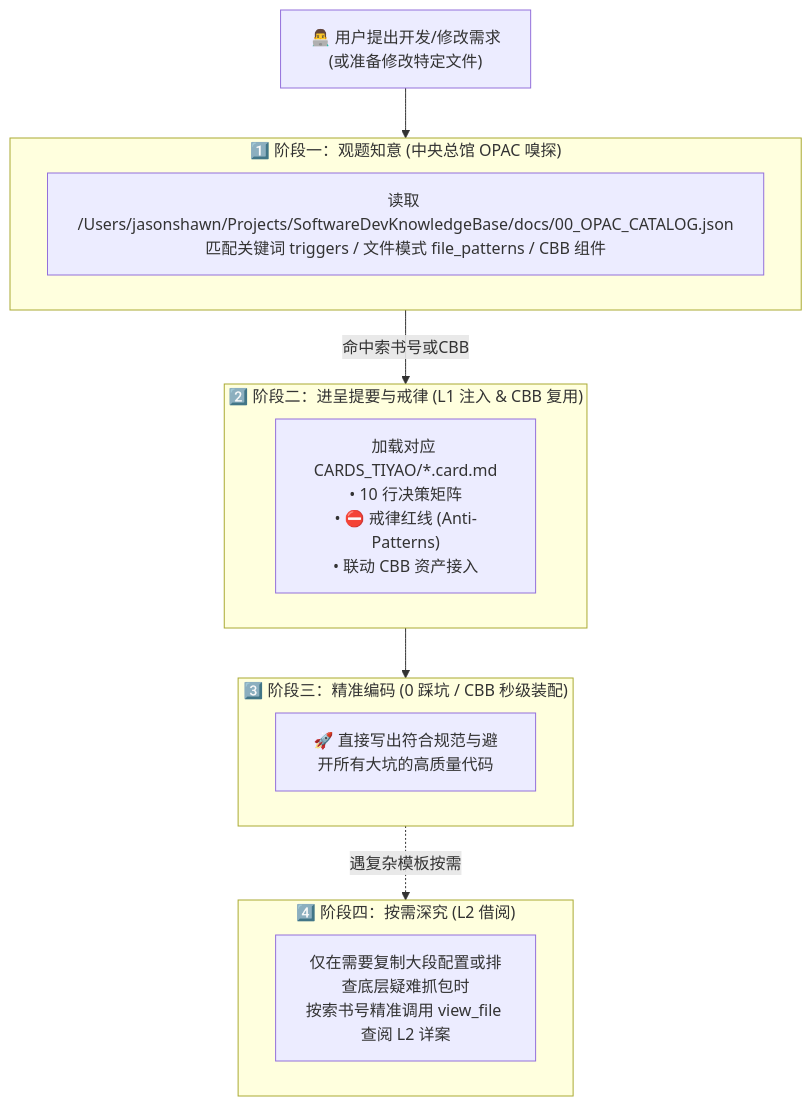
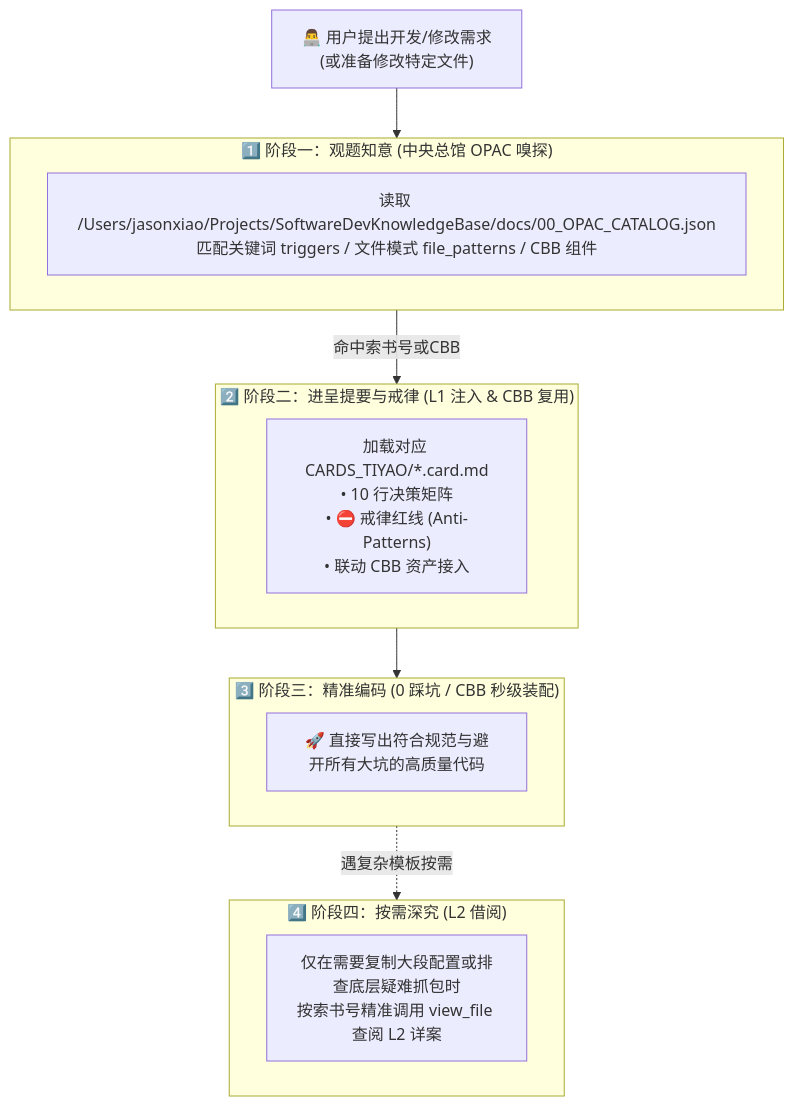
One commit to JasonCry/my-ai-brain changed the diagram in skills/knowledge-navigator/SKILL.md. Above: the diagram before and after it, drawn with Mermaid. The commit also changed other lines of this file and 6 other files, not shown here.

Commit message:
feat: integrate SoftwareDevKnowledgeBase with kb-push and kb-sync skills, update paths and ai-brain CLI

````diff
--- a/skills/knowledge-navigator/SKILL.md
+++ b/skills/knowledge-navigator/SKILL.md
@@ -37,25 +38,25 @@
 ```mermaid
 flowchart TD
     UserPrompt["👨‍💻 用户提出开发/修改需求<br/>(或准备修改特定文件)"]
     
     subgraph Step1 ["1️⃣ 阶段一：观题知意 (中央总馆 OPAC 嗅探)"]
-        OPAC["读取 /Users/jasonshawn/Projects/SoftwareDevKnowledgeBase/docs/00_OPAC_CATALOG.json<br/>匹配关键词 triggers / 文件模式 file_patterns / CBB 组件"]
+        OPAC["读取 /Users/jasonxiao/Projects/SoftwareDevKnowledgeBase/docs/00_OPAC_CATALOG.json<br/>匹配关键词 triggers / 文件模式 file_patterns / CBB 组件"]
     end
     
     subgraph Step2 ["2️⃣ 阶段二：进呈提要与戒律 (L1 注入 & CBB 复用)"]
         L1["加载对应 CARDS_TIYAO/*.card.md<br/>• 10 行决策矩阵<br/>• ⛔ 戒律红线 (Anti-Patterns)<br/>• 联动 CBB 资产接入"]
     end
     
     subgraph Step3 ["3️⃣ 阶段三：精准编码 (0 踩坑 / CBB 秒级装配)"]
         DirectCode["🚀 直接写出符合规范与避开所有大坑的高质量代码"]
     end
     
     subgraph Step4 ["4️⃣ 阶段四：按需深究 (L2 借阅)"]
         DeepDoc["仅在需要复制大段配置或排查底层疑难抓包时<br/>按索书号精准调用 view_file 查阅 L2 详案"]
     end
 
     UserPrompt --> Step1
     Step1 -->|命中索书号或CBB| Step2
     Step2 --> Step3
     Step3 -.->|遇复杂模板按需| Step4
 ```
````
